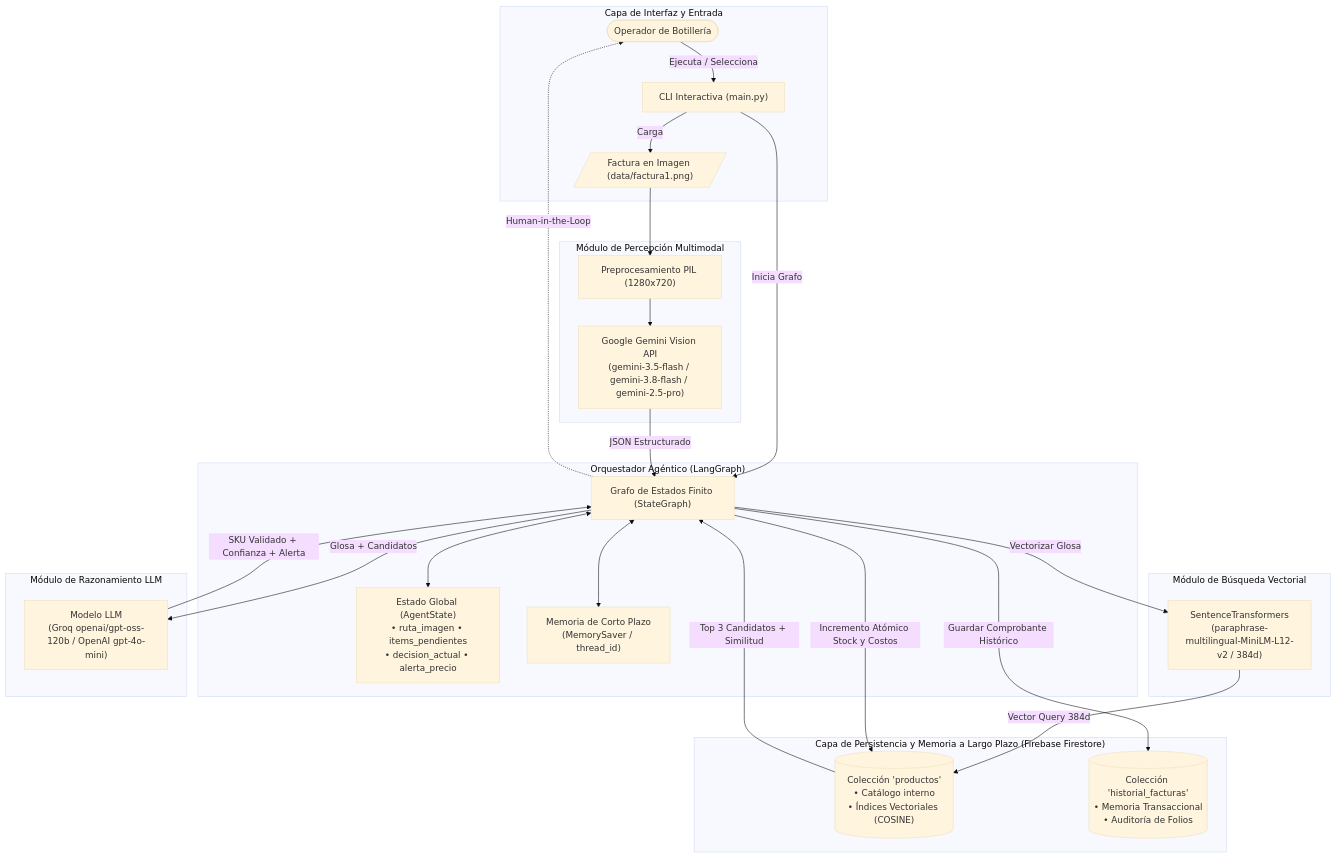
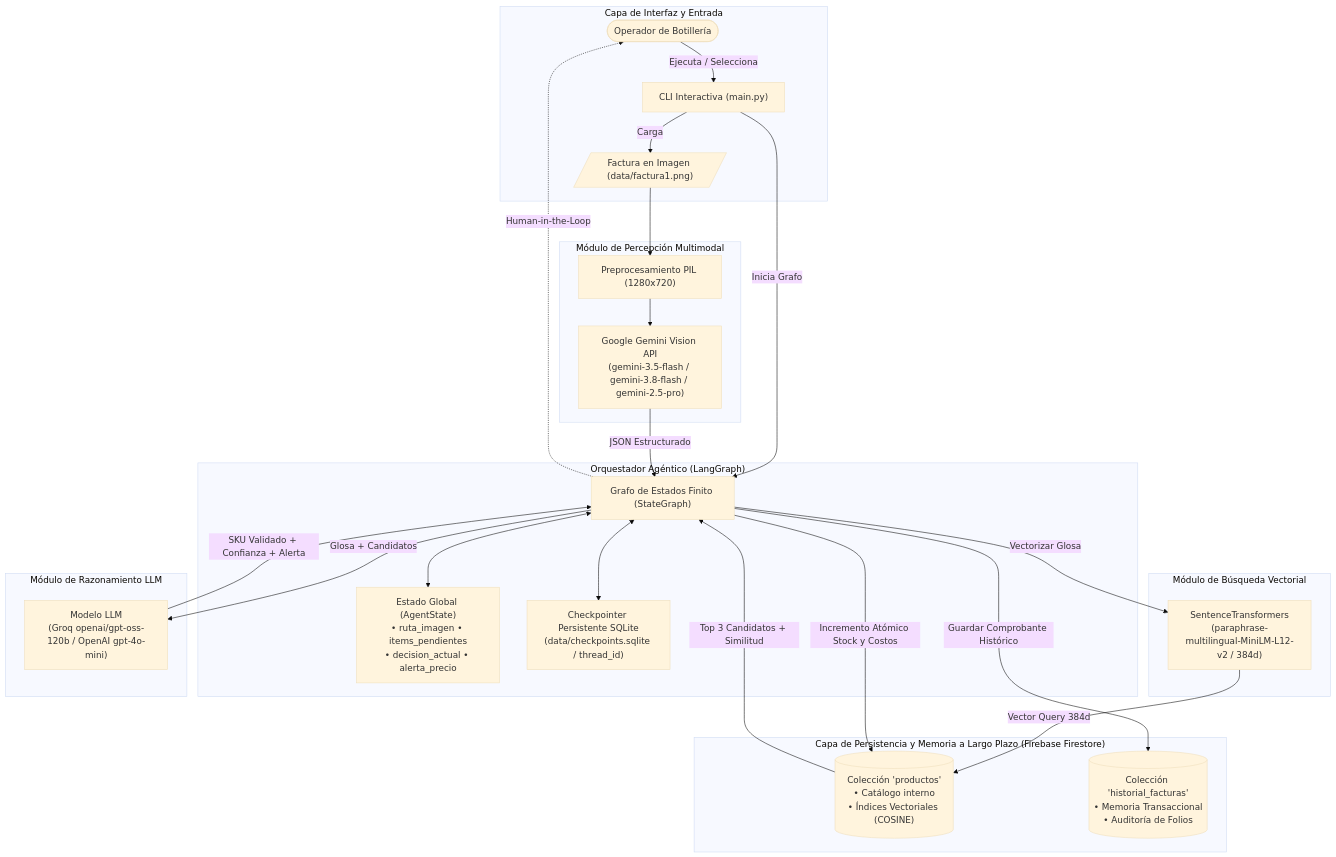
One commit to brayamandres/agente_facturas_botilleria_LangGraph changed the first of 2 diagrams in README.md. Above: the diagram before and after it, drawn with Mermaid (base theme). The commit also changed other lines of this file and 7 other files, not shown here.

````diff
--- a/README.md
+++ b/README.md
@@ -19,48 +19,48 @@
 ```mermaid
 flowchart TD
     subgraph UI ["Capa de Interfaz y Entrada"]
         Usuario([Operador de Botillería])
         CLI["CLI Interactiva (main.py)"]
         FacturaImg[/"Factura en Imagen (data/factura1.png)"/]
         Usuario -->|Ejecuta / Selecciona| CLI
         CLI -->|Carga| FacturaImg
     end
 
     subgraph AgentFramework ["Orquestador Agéntico (LangGraph)"]
         State["Estado Global (AgentState)\n• ruta_imagen • items_pendientes\n• decision_actual • alerta_precio"]
         GraphCore["Grafo de Estados Finito (StateGraph)"]
-        Checkpointer["Memoria de Corto Plazo\n(MemorySaver / thread_id)"]
+        Checkpointer["Checkpointer Persistente SQLite\n(data/checkpoints.sqlite / thread_id)"]
         GraphCore <--> State
         GraphCore <--> Checkpointer
     end
 
     subgraph PerceptionModule ["Módulo de Percepción Multimodal"]
         GeminiClient["Google Gemini Vision API\n(gemini-3.5-flash / gemini-3.8-flash / gemini-2.5-pro)"]
         Thumbnails["Preprocesamiento PIL (1280x720)"]
     end
 
     subgraph RetrievalModule ["Módulo de Búsqueda Vectorial"]
         Embeddings["SentenceTransformers\n(paraphrase-multilingual-MiniLM-L12-v2 / 384d)"]
     end
 
     subgraph ReasoningModule ["Módulo de Razonamiento LLM"]
         LLM["Modelo LLM\n(Groq openai/gpt-oss-120b / OpenAI gpt-4o-mini)"]
     end
 
     subgraph DatabaseLayer ["Capa de Persistencia y Memoria a Largo Plazo (Firebase Firestore)"]
         VectorDB[("Colección 'productos'\n• Catálogo interno\n• Índices Vectoriales (COSINE)")]
         AuditDB[("Colección 'historial_facturas'\n• Memoria Transaccional\n• Auditoría de Folios")]
     end
 
     CLI -->|Inicia Grafo| GraphCore
     FacturaImg --> Thumbnails --> GeminiClient
     GeminiClient -->|JSON Estructurado| GraphCore
     GraphCore -->|Vectorizar Glosa| Embeddings
     Embeddings -->|Vector Query 384d| VectorDB
     VectorDB -->|Top 3 Candidatos + Similitud| GraphCore
     GraphCore -->|Glosa + Candidatos| LLM
     LLM -->|SKU Validado + Confianza + Alerta| GraphCore
     GraphCore -->|Incremento Atómico Stock y Costos| VectorDB
     GraphCore -->|Guardar Comprobante Histórico| AuditDB
     GraphCore -.->|Human-in-the-Loop| Usuario
 ```
````
